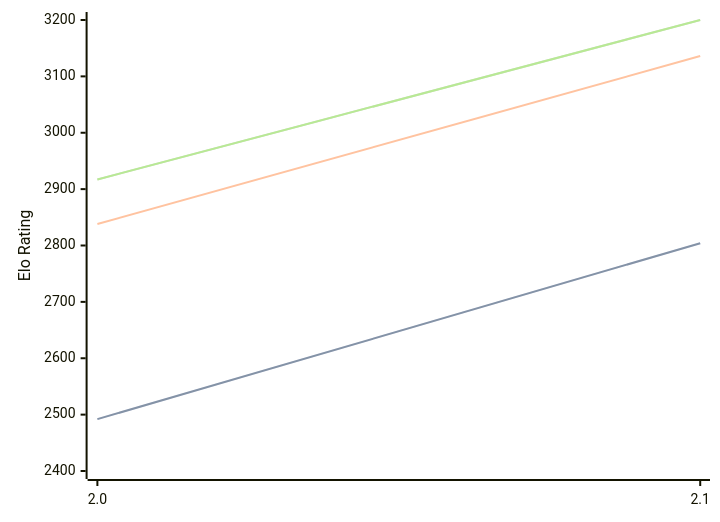
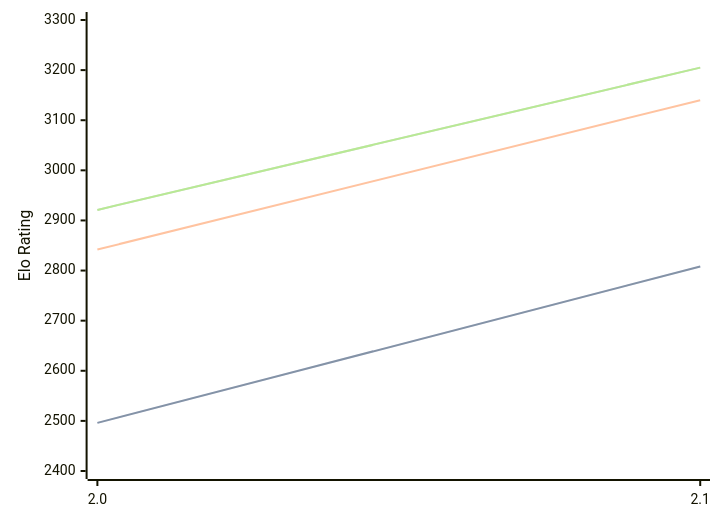
Before and after one commit to computer-chess-index/cci: the diagram in engines/Tunguska.md, drawn with Mermaid. The commit also changed other lines of this file, not shown here.

Commit message:
Update CCI Ratings (ELO VLTC) - 2026-08-18

````diff
--- a/engines/Tunguska.md
+++ b/engines/Tunguska.md
@@ -32,11 +32,11 @@
 ```mermaid
 %%{init: {"theme":"base","themeVariables":{"seriesColors:['#a3a3a3','#222221','#faa371']}}}%%
 xychart-beta
   x-axis ["2.0", "2.1"]
-  y-axis "Elo Rating" 2400 --> 3200
-  line "STC (8.0+0.08s)" [2492, 2804]
-  line "STC (8.0+0.08s)" [2492, 2804]
-  line "LTC (60.0+0.60s)" [2838, 3136]
-  line "VLTC (2m24s+1.12s)" [2917, 3200]
-  line "VLTC (2m24s+1.12s)" [2917, 3200]
+  y-axis "Elo Rating" 2400 --> 3300
+  line "STC (8.0+0.08s)" [2496, 2808]
+  line "STC (8.0+0.08s)" [2496, 2808]
+  line "LTC (60.0+0.60s)" [2842, 3140]
+  line "VLTC (2m24s+1.12s)" [2921, 3205]
+  line "VLTC (2m24s+1.12s)" [2921, 3205]
 ```
````
